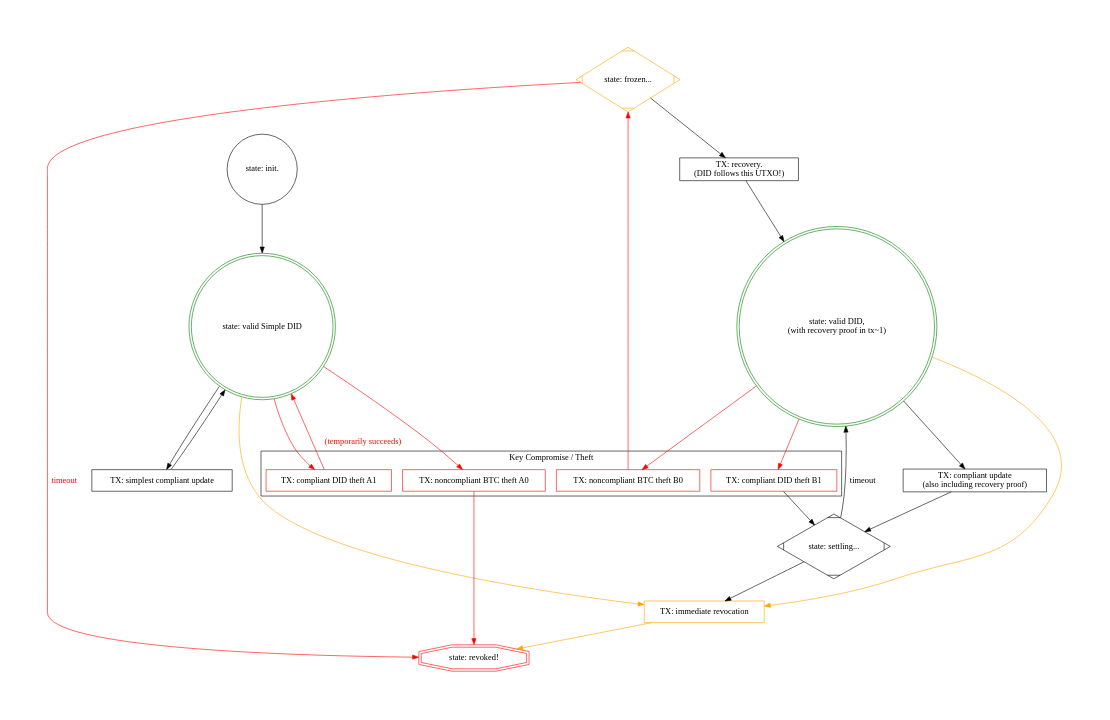
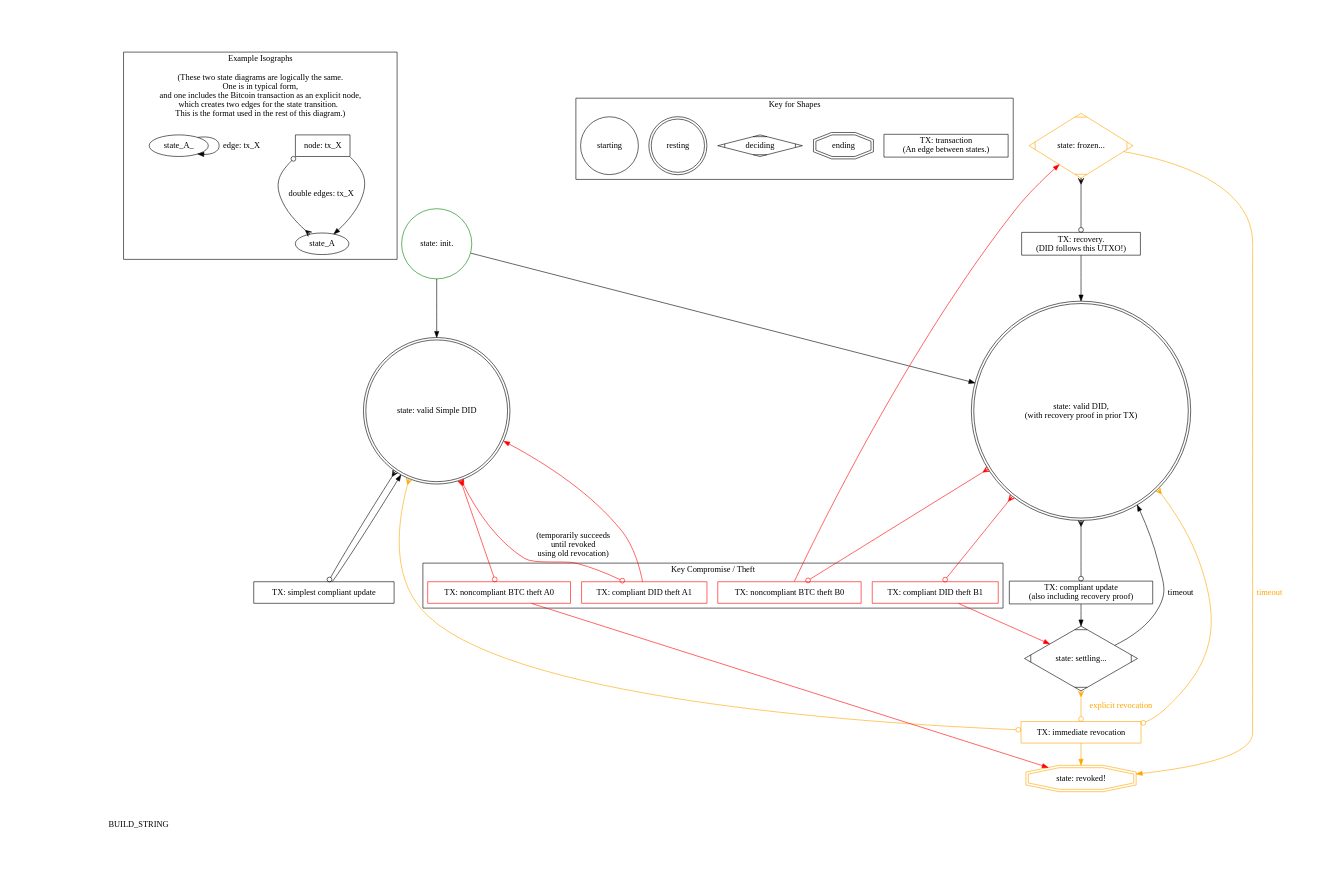
Before and after one commit to WebOfTrustInfo/btcr-hackathon-2017: the diagram in btcr-state-diagram-all.dot, drawn with Graphviz. The commit also changed 2 other files, not shown here.

Commit message:
prepare makefile to use CPP on state diagrams

```diff
--- a/btcr-state-diagram-all.dot
+++ b/btcr-state-diagram-all.dot
@@ -1,34 +1,69 @@
-// [rgrant 20170718 08:19 MST] graphviz exploration of DID:BTCR state diagram / simple and with recovery
+/// graphviz exploration of DID:BTCR state diagram  [fr0b 20170718 08:19 ST] 
 
-// dot -Tpng btcr-state-diagram-all.dot > btcr-state-diagram-all.png && open btcr-state-diagram-all.png
+//  dot -Tpng btcr-state-diagram-all.dot > btcr-state-diagram-all.png && open btcr-state-diagram-all.png
+//  env PNG_VIEWER=open make -f Makefile.graphviz btcr-state-diagram-all.png
 
 digraph self_sovereign_btcr_state_diagram {
   pad="1,1" //i.e. margin
 
+#if defined(DIAGRAM_RECOVERY) || defined(DIAGRAM_ALL) || defined(DIAGRAM_SIMPLE)
+  //ranks...
+  node [style=invisible]
+  rank_1->2->3->4->5->6->7->8 [arrowhead=none, style=invisible]
+  node [style=""]
+  {rank=same 8 version}
+#endif
+
+#if defined(DIAGRAM_KEY) || defined(DIAGRAM_ALL)
+  subgraph cluster_isographs_A {
+    label="Example Isographs \n\n (These two state diagrams are logically the same. \n One is in typical form, \n and one includes the Bitcoin transaction as an explicit node, \n which creates two edges for the state transition.  \n This is the format used in the rest of this diagram.)\n\n"
+
+    tx_X [label="node: tx_X", shape=box]
+
+    state_A_ -> state_A_ [label="edge: tx_X"]
+    state_A -> tx_X:sw [
+      label="double edges: tx_X", 
+      arrowhead=odot, 
+      arrowtail=crow, 
+      dir=both
+    ]
+    tx_X:se -> state_A
+  }
+
+  subgraph cluster_state_shapes {
+    label="Key for Shapes"
+
+    transaction [
+      label="TX: transaction \n (An edge between states.)"
+      shape=box
+    ]
+    ending   [shape=doubleoctagon]
+    deciding [shape=Mdiamond]
+    resting  [shape=doublecircle]
+    starting [shape=circle]
+  }
+#endif
+
+#if defined(DIAGRAM_RECOVERY) || defined(DIAGRAM_ALL) || defined(DIAGRAM_SIMPLE)
   init [
     label = "DID init \n (also using revocation proof)"
     shape = circle
     label = "state: init."
     layer = "all:simple:recovery"
+    color=green
   ]
 
-  //subgraph cluster_usable {
-    //label="Usable DID States"
+  valid_simple [
+    label = "state: valid Simple DID"
+    shape=doublecircle
+    layer = "all:simple:recovery"
+  ]
 
-    valid_simple [
-      label = "state: valid Simple DID"
-      shape=doublecircle
-      color=green
-      layer = "all:simple:recovery"
-    ]
-
-    valid_with_recovery_proof [
-      label = "state: valid DID, \n (with recovery proof in tx~1)"
-      shape=doublecircle
-      color=green
-      layer = "all:recovery"
-    ]
-  //}
+  valid_with_recovery_proof [
+    label = "state: valid DID, \n (with recovery proof in prior TX)"
+    shape=doublecircle
+    layer = "all:recovery"
+  ]
 
   settling [
     xxlabel = "DDO control proof update, with default 24 hour settlement"
@@ -50,7 +85,7 @@
 
   revoked [
     shape = doubleoctagon
-    color=red
+    color=orange
     label = "state: revoked!"
     layer = "all:simple:recovery"
   ]
@@ -112,35 +147,135 @@
     layer = "all:recovery"
   ]
 
-  init -> valid_simple
+  init -> valid_simple [layer = "all:simple:recovery"]
+  init -> valid_with_recovery_proof [
+    layer = "all:recovery", 
+    weight=0
+  ]
 
-  valid_with_recovery_proof -> tx_update_with_recovery_proof [ layer = "all:simple:recovery" ]
-  tx_update_with_recovery_proof -> settling [ layer = "all:simple:recovery" ]
+  valid_with_recovery_proof -> tx_update_with_recovery_proof [
+    layer = "all:simple:recovery", 
+    arrowhead=odot, 
+    arrowtail=crow,     
+    dir=both
+  ]
+  tx_update_with_recovery_proof -> settling [layer = "all:simple:recovery"]
 
-  settling -> valid_with_recovery_proof [label="timeout", layer = "all:simple:recovery" ]
-  settling -> tx_revocation [ layer = "all:simple:recovery" ]
+  settling -> valid_with_recovery_proof [
+    label="timeout", 
+    layer = "all:simple:recovery"
+  ]
+  settling -> tx_revocation [
+    label="explicit revocation", 
+    color=orange, 
+    fontcolor=orange, 
+    layer = "all:simple:recovery",      
+    arrowhead=odot, 
+    arrowtail=crow, 
+    dir=both
+  ]
 
-  valid_simple -> tx_simple_update [ layer = "all:simple:recovery" ]
-  tx_simple_update -> valid_simple [ layer = "all:simple:recovery" ]
+  valid_simple -> tx_simple_update [
+    layer = "all:simple:recovery", 
+    arrowhead=odot,                
+    arrowtail=crow, 
+    dir=both
+  ]
+  tx_simple_update -> valid_simple [layer = "all:simple:recovery"]
 
-  valid_simple -> tx_theft_A0 [color=red, layer = "all:simple:recovery" ]
-  tx_theft_A0 -> revoked [color=red, layer = "all:simple:recovery" ]
+  valid_simple -> tx_theft_A0 [
+    color=red, 
+    layer = "all:simple:recovery", 
+    arrowhead=odot, 
+    arrowtail=crow, 
+    dir=both
+  ]
+  tx_theft_A0 -> revoked [
+    color=red, 
+    layer = "all:simple:recovery"
+  ]
 
-  valid_with_recovery_proof -> tx_theft_B0 [color=red, layer = "all:simple:recovery" ]
-  tx_theft_B0 -> frozen [color=red, layer = "all:simple:recovery" ]
+  valid_with_recovery_proof -> tx_theft_B0 [
+    color=red, 
+    layer = "all:simple:recovery", 
+    arrowhead=odot, 
+    arrowtail=crow, 
+    dir=both 
+  ]
+  tx_theft_B0 -> frozen [
+    color=red, 
+    layer = "all:simple:recovery"
+  ]
 
-  valid_simple -> tx_theft_A1 [color=red, layer = "all:simple:recovery" ]
-  tx_theft_A1 -> valid_simple [label="(temporarily succeeds)    ", fontcolor=red, color=red, layer = "all:simple:recovery" ]
+  valid_simple -> tx_theft_A1 [
+    label="(temporarily succeeds \n until revoked \n using old revocation) ",  
+    color=red, 
+    layer = "all:simple:recovery", 
+    arrowhead=odot, 
+    arrowtail=crow, 
+    dir=both
+  ]
+  tx_theft_A1 -> valid_simple [
+    fontcolor=red, 
+    color=red, 
+    layer = "all:simple:recovery"
+  ]
 
-  valid_with_recovery_proof -> tx_theft_B1 [color=red, layer = "all:recovery" ]
-  tx_theft_B1 -> settling [layer = "all:recovery" ]
+  valid_with_recovery_proof -> tx_theft_B1 [
+    color=red, 
+    layer = "all:recovery", 
+    arrowhead=odot, 
+    arrowtail=crow, 
+    dir=both
+  ]
+  tx_theft_B1 -> settling [
+    layer = "all:recovery", 
+    color=red
+  ]
 
-  frozen -> tx_recovery [ layer = "all:simple:recovery" ]
-  tx_recovery -> valid_with_recovery_proof  [fontcolor=darkgreen, layer = "all:simple:recovery" ]
-  frozen -> revoked   [label="timeout", color=red, fontcolor=red, layer = "all:simple:recovery" ]
+  frozen -> tx_recovery [
+    layer = "all:simple:recovery",
+    arrowhead=odot, 
+    arrowtail=crow, 
+    dir=both
+  ]
+  tx_recovery -> valid_with_recovery_proof [
+    fontcolor=darkgreen, 
+    layer = "all:simple:recovery"
+  ]
+  frozen -> revoked [
+    label="timeout", 
+    color=orange, 
+    fontcolor=orange,   
+    layer = "all:simple:recovery"
+  ]
 
-  valid_with_recovery_proof -> tx_revocation  [color=orange, layer = "all:simple:recovery" ]
-  valid_simple -> tx_revocation  [color=orange, layer = "all:simple:recovery" ]
+  valid_with_recovery_proof -> tx_revocation [
+    color=orange, 
+    layer = "all:simple:recovery", 
+    arrowhead=odot, 
+    arrowtail=crow, 
+    dir=both
+  ]
+  valid_simple -> tx_revocation [
+    color=orange, 
+    layer = "all:simple:recovery", 
+    arrowhead=odot, 
+    arrowtail=crow, 
+    dir=both
+  ]
 
-  tx_revocation -> revoked  [color=orange, layer = "all:simple:recovery" ]
+  tx_revocation -> revoked [
+    color=orange, 
+    layer = "all:simple:recovery"
+  ]
+#endif
+
+#if defined(DIAGRAM_RECOVERY) || defined(DIAGRAM_ALL) || defined(DIAGRAM_SIMPLE)
+  version [
+    shape=none, 
+    label=BUILD_STRING
+  ]
+#endif
+
 }
```
